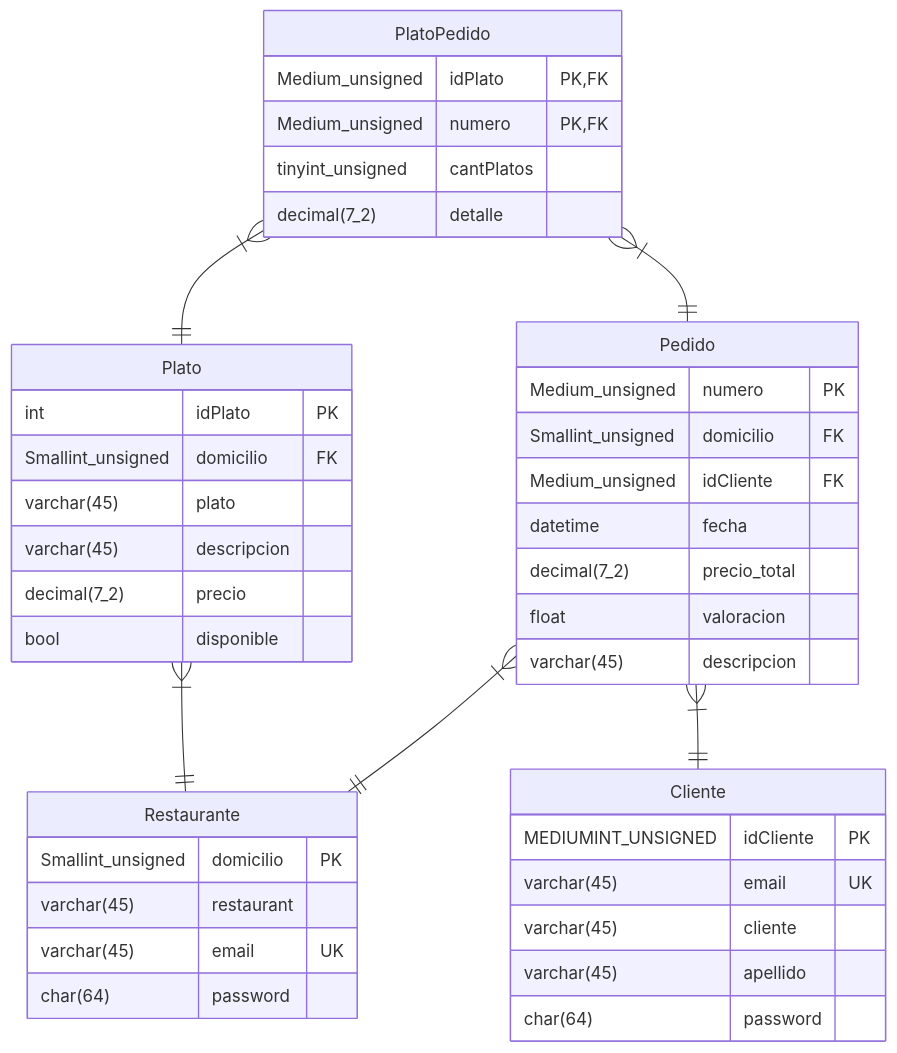
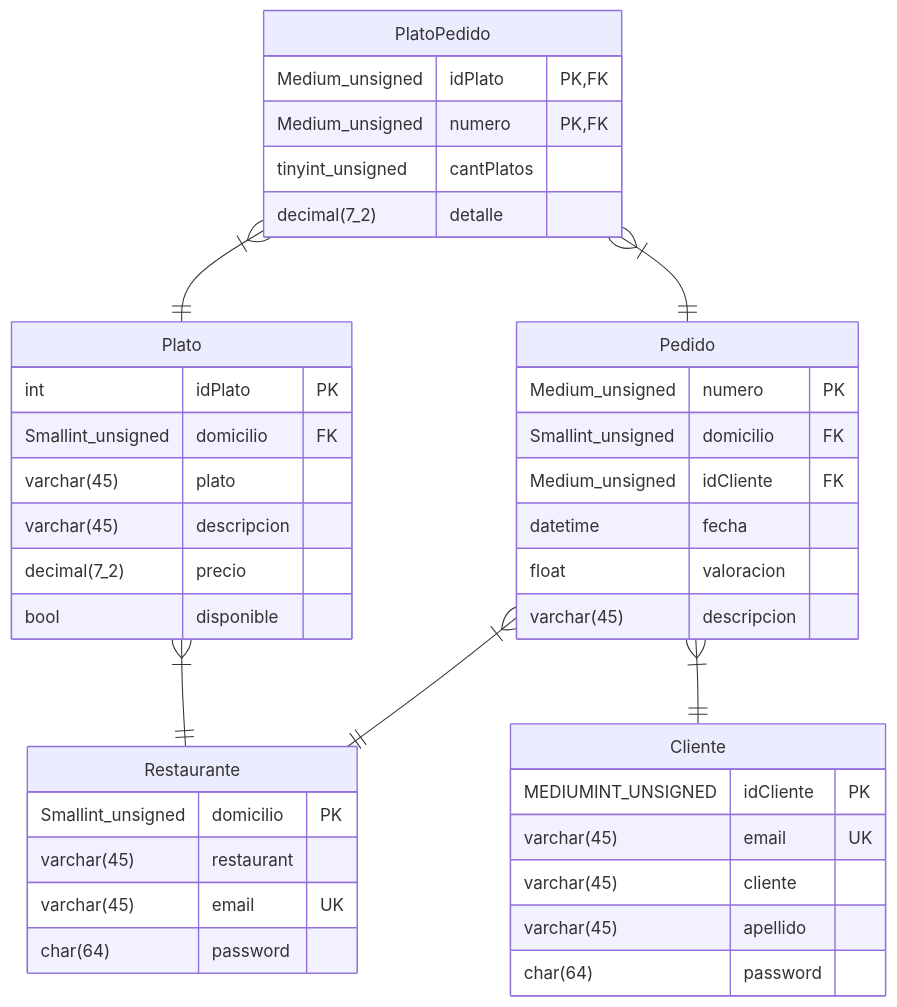
The diagram in doc/README.md (FranciscoBHF/Rapi_app), drawn with Mermaid before and after one commit.

````diff
--- a/doc/README.md
+++ b/doc/README.md
@@ -1,45 +1,44 @@
 ```mermaid
 erDiagram
     Restaurante{
         Smallint_unsigned  domicilio PK
         varchar(45) restaurant
         varchar(45) email UK
         char(64) password 
 
     }
     Plato{
         int idPlato PK
         Smallint_unsigned domicilio FK
         varchar(45) plato
         varchar(45) descripcion
         decimal(7_2) precio
         bool disponible
     }   
     Cliente{
         MEDIUMINT_UNSIGNED idCliente PK
         varchar(45) email UK
         varchar(45) cliente
         varchar(45) apellido
         char(64) password
     }
     Pedido{
         Medium_unsigned numero PK
         Smallint_unsigned domicilio FK
         Medium_unsigned idCliente FK
         datetime fecha
-        decimal(7_2) precio_total 
         float valoracion 
         varchar(45) descripcion
     }
     PlatoPedido{
         Medium_unsigned idPlato PK,FK
         Medium_unsigned numero PK,FK
         tinyint_unsigned cantPlatos
         decimal(7_2) detalle 
     }
     Plato }|--|| Restaurante : ""
     Pedido }|--|| Restaurante : ""
     PlatoPedido }|--|| Plato : ""
     PlatoPedido }|--|| Pedido : ""
     Pedido }|--|| Cliente : ""
 ```
````
